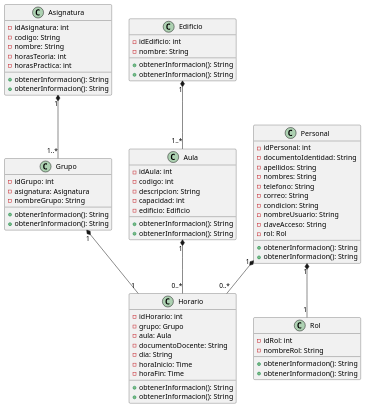
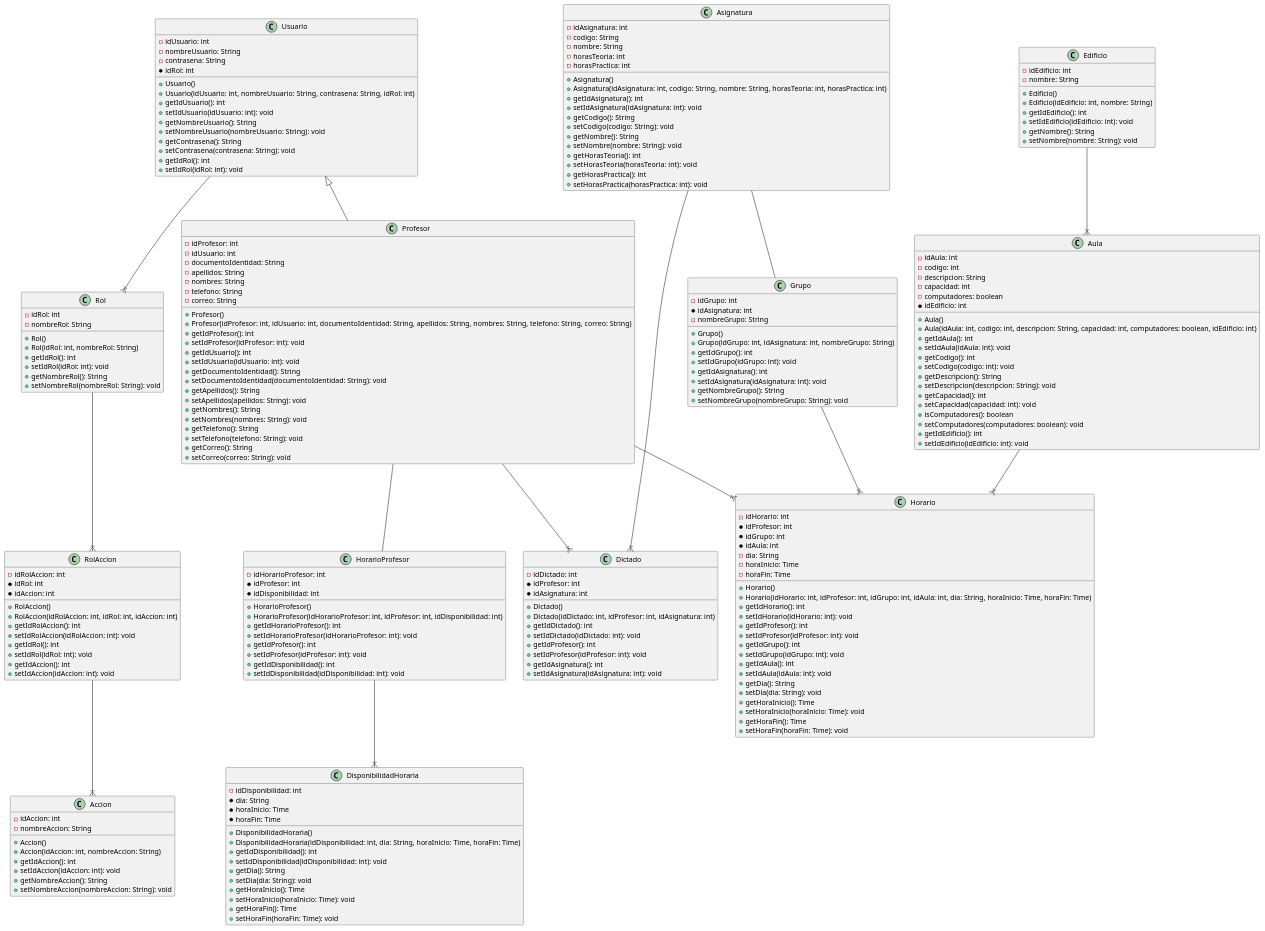
The diagram in Diagramas/Clases.puml (SrNe0/HorarioUIS), drawn with PlantUML before and after one commit. The commit also changed 3 other files, not shown here.

```diff
--- a/Diagramas/Clases.puml
+++ b/Diagramas/Clases.puml
@@ -1,24 +1,197 @@
 @startuml
+class Usuario {
+    - idUsuario: int
+    - nombreUsuario: String
+    - contrasena: String
+    * idRol: int
+    + Usuario()
+    + Usuario(idUsuario: int, nombreUsuario: String, contrasena: String, idRol: int)
+    + getIdUsuario(): int
+    + setIdUsuario(idUsuario: int): void
+    + getNombreUsuario(): String
+    + setNombreUsuario(nombreUsuario: String): void
+    + getContrasena(): String
+    + setContrasena(contrasena: String): void
+    + getIdRol(): int
+    + setIdRol(idRol: int): void
+}
+
+class Rol {
+    - idRol: int
+    - nombreRol: String
+    + Rol()
+    + Rol(idRol: int, nombreRol: String)
+    + getIdRol(): int
+    + setIdRol(idRol: int): void
+    + getNombreRol(): String
+    + setNombreRol(nombreRol: String): void
+}
+
+class Accion {
+    - idAccion: int
+    - nombreAccion: String
+    + Accion()
+    + Accion(idAccion: int, nombreAccion: String)
+    + getIdAccion(): int
+    + setIdAccion(idAccion: int): void
+    + getNombreAccion(): String
+    + setNombreAccion(nombreAccion: String): void
+}
+
+class RolAccion {
+    - idRolAccion: int
+    * idRol: int
+    * idAccion: int
+    + RolAccion()
+    + RolAccion(idRolAccion: int, idRol: int, idAccion: int)
+    + getIdRolAccion(): int
+    + setIdRolAccion(idRolAccion: int): void
+    + getIdRol(): int
+    + setIdRol(idRol: int): void
+    + getIdAccion(): int
+    + setIdAccion(idAccion: int): void
+}
+
+class Profesor {
+    - idProfesor: int
+    - idUsuario: int
+    - documentoIdentidad: String
+    - apellidos: String
+    - nombres: String
+    - telefono: String
+    - correo: String
+    + Profesor()
+    + Profesor(idProfesor: int, idUsuario: int, documentoIdentidad: String, apellidos: String, nombres: String, telefono: String, correo: String)
+    + getIdProfesor(): int
+    + setIdProfesor(idProfesor: int): void
+    + getIdUsuario(): int
+    + setIdUsuario(idUsuario: int): void
+    + getDocumentoIdentidad(): String
+    + setDocumentoIdentidad(documentoIdentidad: String): void
+    + getApellidos(): String
+    + setApellidos(apellidos: String): void
+    + getNombres(): String
+    + setNombres(nombres: String): void
+    + getTelefono(): String
+    + setTelefono(telefono: String): void
+    + getCorreo(): String
+    + setCorreo(correo: String): void
+}
+
 class Asignatura {
     - idAsignatura: int
     - codigo: String
     - nombre: String
     - horasTeoria: int
     - horasPractica: int
-    + obtenerInformacion(): String
+    + Asignatura()
+    + Asignatura(idAsignatura: int, codigo: String, nombre: String, horasTeoria: int, horasPractica: int)
+    + getIdAsignatura(): int
+    + setIdAsignatura(idAsignatura: int): void
+    + getCodigo(): String
+    + setCodigo(codigo: String): void
+    + getNombre(): String
+    + setNombre(nombre: String): void
+    + getHorasTeoria(): int
+    + setHorasTeoria(horasTeoria: int): void
+    + getHorasPractica(): int
+    + setHorasPractica(horasPractica: int): void
+}
+
+class Dictado {
+    - idDictado: int
+    * idProfesor: int
+    * idAsignatura: int
+    + Dictado()
+    + Dictado(idDictado: int, idProfesor: int, idAsignatura: int)
+    + getIdDictado(): int
+    + setIdDictado(idDictado: int): void
+    + getIdProfesor(): int
+    + setIdProfesor(idProfesor: int): void
+    + getIdAsignatura(): int
+    + setIdAsignatura(idAsignatura: int): void
 }
 
 class Grupo {
     - idGrupo: int
-    - asignatura: Asignatura
+    * idAsignatura: int
     - nombreGrupo: String
-    + obtenerInformacion(): String
+    + Grupo()
+    + Grupo(idGrupo: int, idAsignatura: int, nombreGrupo: String)
+    + getIdGrupo(): int
+    + setIdGrupo(idGrupo: int): void
+    + getIdAsignatura(): int
+    + setIdAsignatura(idAsignatura: int): void
+    + getNombreGrupo(): String
+    + setNombreGrupo(nombreGrupo: String): void
+}
+
+class DisponibilidadHoraria {
+    - idDisponibilidad: int
+    * dia: String
+    * horaInicio: Time
+    * horaFin: Time
+    + DisponibilidadHoraria()
+    + DisponibilidadHoraria(idDisponibilidad: int, dia: String, horaInicio: Time, horaFin: Time)
+    + getIdDisponibilidad(): int
+    + setIdDisponibilidad(idDisponibilidad: int): void
+    + getDia(): String
+    + setDia(dia: String): void
+    + getHoraInicio(): Time
+    + setHoraInicio(horaInicio: Time): void
+    + getHoraFin(): Time
+    + setHoraFin(horaFin: Time): void
+}
+
+class HorarioProfesor {
+    - idHorarioProfesor: int
+    * idProfesor: int
+    * idDisponibilidad: int
+    + HorarioProfesor()
+    + HorarioProfesor(idHorarioProfesor: int, idProfesor: int, idDisponibilidad: int)
+    + getIdHorarioProfesor(): int
+    + setIdHorarioProfesor(idHorarioProfesor: int): void
+    + getIdProfesor(): int
+    + setIdProfesor(idProfesor: int): void
+    + getIdDisponibilidad(): int
+    + setIdDisponibilidad(idDisponibilidad: int): void
+}
+
+class Horario {
+    - idHorario: int
+    * idProfesor: int
+    * idGrupo: int
+    * idAula: int
+    - dia: String
+    - horaInicio: Time
+    - horaFin: Time
+    + Horario()
+    + Horario(idHorario: int, idProfesor: int, idGrupo: int, idAula: int, dia: String, horaInicio: Time, horaFin: Time)
+    + getIdHorario(): int
+    + setIdHorario(idHorario: int): void
+    + getIdProfesor(): int
+    + setIdProfesor(idProfesor: int): void
+    + getIdGrupo(): int
+    + setIdGrupo(idGrupo: int): void
+    + getIdAula(): int
+    + setIdAula(idAula: int): void
+    + getDia(): String
+    + setDia(dia: String): void
+    + getHoraInicio(): Time
+    + setHoraInicio(horaInicio: Time): void
+    + getHoraFin(): Time
+    + setHoraFin(horaFin: Time): void
 }
 
 class Edificio {
     - idEdificio: int
     - nombre: String
-    + obtenerInformacion(): String
+    + Edificio()
+    + Edificio(idEdificio: int, nombre: String)
+    + getIdEdificio(): int
+    + setIdEdificio(idEdificio: int): void
+    + getNombre(): String
+    + setNombre(nombre: String): void
 }
 
 class Aula {
@@ -26,54 +199,36 @@
     - codigo: int
     - descripcion: String
     - capacidad: int
-    - edificio: Edificio
-    + obtenerInformacion(): String
+    - computadores: boolean
+    * idEdificio: int
+    + Aula()
+    + Aula(idAula: int, codigo: int, descripcion: String, capacidad: int, computadores: boolean, idEdificio: int)
+    + getIdAula(): int
+    + setIdAula(idAula: int): void
+    + getCodigo(): int
+    + setCodigo(codigo: int): void
+    + getDescripcion(): String
+    + setDescripcion(descripcion: String): void
+    + getCapacidad(): int
+    + setCapacidad(capacidad: int): void
+    + isComputadores(): boolean
+    + setComputadores(computadores: boolean): void
+    + getIdEdificio(): int
+    + setIdEdificio(idEdificio: int): void
 }
 
-class Personal {
-    - idPersonal: int
-    - documentoIdentidad: String
-    - apellidos: String
-    - nombres: String
-    - telefono: String
-    - correo: String
-    - condicion: String
-    - nombreUsuario: String
-    - claveAcceso: String
-    - rol: Rol
-    + obtenerInformacion(): String
-}
+Usuario <|-- Profesor
+Usuario --|{ Rol
 
-class Rol {
-    - idRol: int
-    - nombreRol: String
-    + obtenerInformacion(): String
-}
-
-class Horario {
-    - idHorario: int
-    - grupo: Grupo
-    - aula: Aula
-    - documentoDocente: String
-    - dia: String
-    - horaInicio: Time
-    - horaFin: Time
-    + obtenerInformacion(): String
-}
-
-Asignatura "1" *-- "1..*" Grupo
-Grupo "1" *-- "1" Horario
-Edificio "1" *-- "1..*" Aula
-Personal "1" *-- "1" Rol
-Personal "1" *-- "0..*" Horario
-Aula "1" *-- "0..*" Horario
-
-Asignatura : +obtenerInformacion(): String
-Grupo : +obtenerInformacion(): String
-Edificio : +obtenerInformacion(): String
-Aula : +obtenerInformacion(): String
-Personal : +obtenerInformacion(): String
-Rol : +obtenerInformacion(): String
-Horario : +obtenerInformacion(): String
-
+Rol --|{ RolAccion
+RolAccion --|{ Accion
+Profesor --|{ Dictado
+Asignatura --|{ Dictado
+Profesor --|{ Horario
+Grupo --|{ Horario
+Aula --|{ Horario
+Edificio --|{ Aula
+HorarioProfesor --|{ DisponibilidadHoraria
+Profesor -- HorarioProfesor
+Asignatura -- Grupo
 @enduml
```
